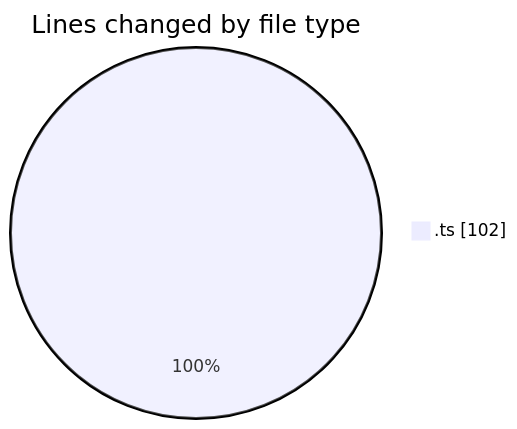
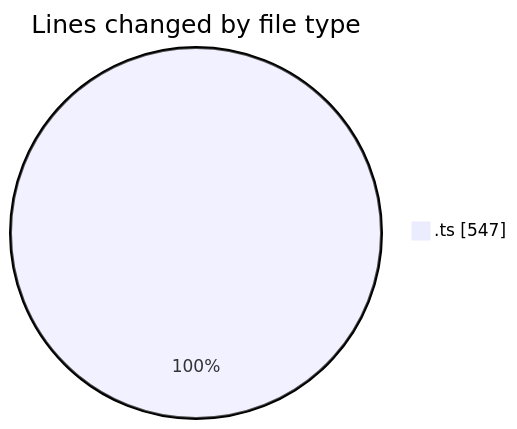
One commit to momahboobian/code-tracking changed the first of 2 diagrams in 2025-06-20/cda/README.md. Above: the diagram before and after it, drawn with Mermaid. The commit also changed other lines of this file and 1 other file, not shown here.

````diff
--- a/2025-06-20/cda/README.md
+++ b/2025-06-20/cda/README.md
@@ -20,5 +21,5 @@
 ```mermaid
 pie showData
 title Lines changed by file type
-".ts" : 102
+".ts" : 547
 ```
````
